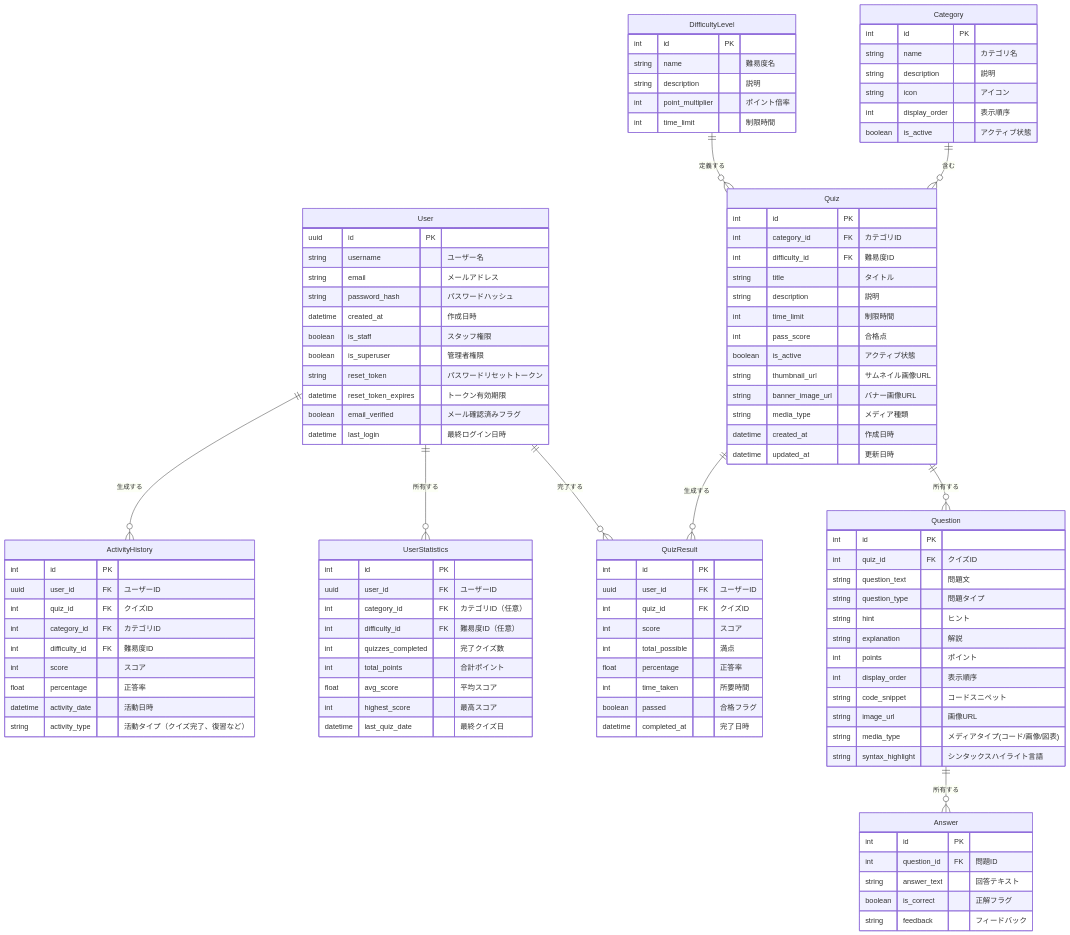
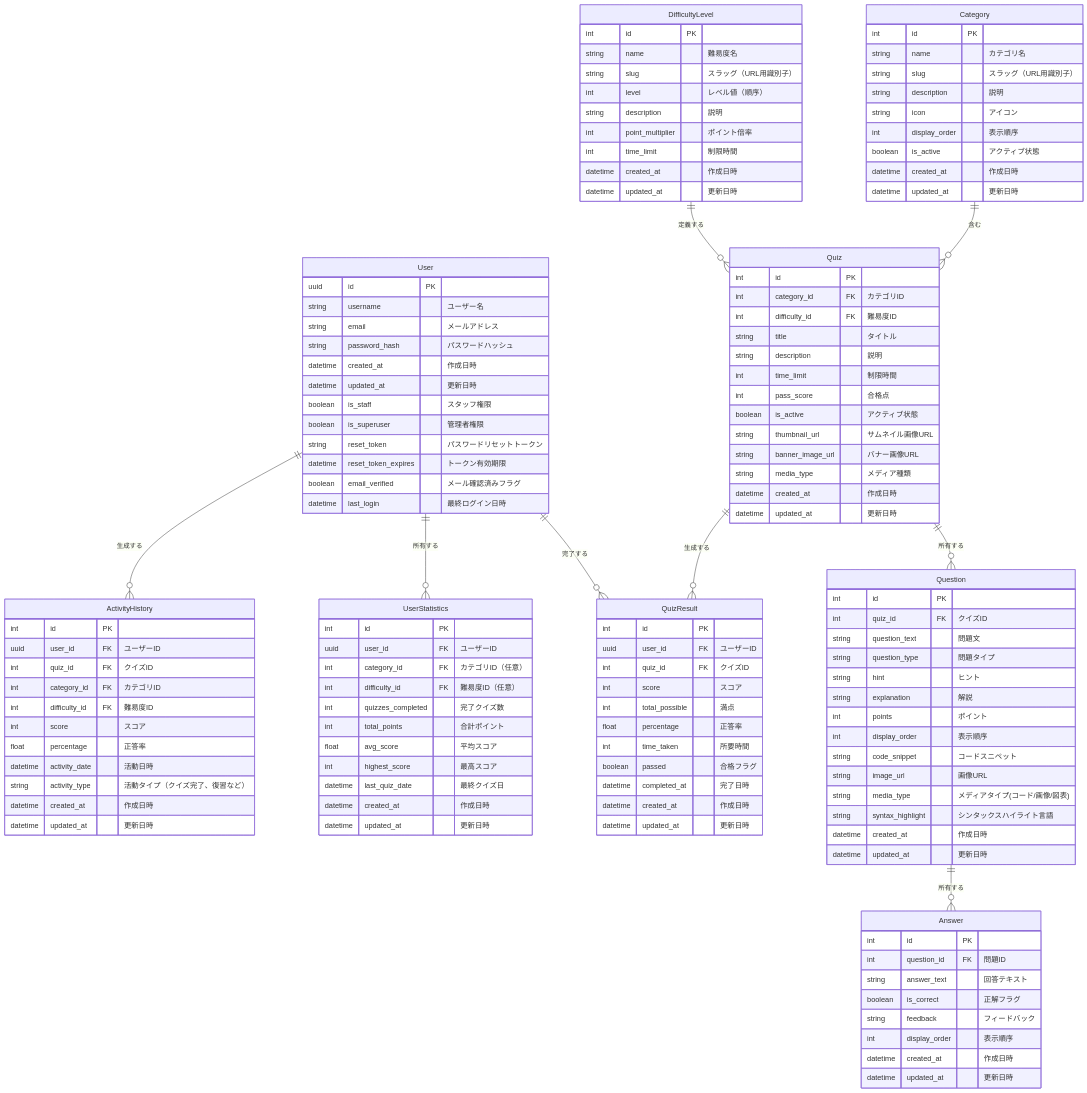
The diagram in techquiz-data-model.mermaid (EDEN0412/techquiz), drawn with Mermaid before and after one commit. The commit also changed 11 other files, not shown here.

First line of the commit message:
　ER図 (`techquiz-data-model.mermaid`) に基づき、コアとなるクイズ関連のDjangoモデルを実装および更新しました。

```diff
--- a/techquiz-data-model.mermaid
+++ b/techquiz-data-model.mermaid
@@ -1,115 +1,134 @@
 erDiagram
     User ||--o{ QuizResult : "完了する"
     User ||--o{ UserStatistics : "所有する"
     User ||--o{ ActivityHistory : "生成する"
     Category ||--o{ Quiz : "含む"
     DifficultyLevel ||--o{ Quiz : "定義する"
     Quiz ||--o{ Question : "所有する"
     Question ||--o{ Answer : "所有する"
     Quiz ||--o{ QuizResult : "生成する"
     
     User {
         uuid id PK
         string username "ユーザー名"
         string email "メールアドレス"
         string password_hash "パスワードハッシュ"
         datetime created_at "作成日時"
+        datetime updated_at "更新日時"
         boolean is_staff "スタッフ権限"
         boolean is_superuser "管理者権限"
         string reset_token "パスワードリセットトークン"
         datetime reset_token_expires "トークン有効期限"
         boolean email_verified "メール確認済みフラグ"
         datetime last_login "最終ログイン日時"
     }
     
     Category {
         int id PK
         string name "カテゴリ名"
+        string slug "スラッグ（URL用識別子）"
         string description "説明"
         string icon "アイコン"
         int display_order "表示順序"
         boolean is_active "アクティブ状態"
+        datetime created_at "作成日時"
+        datetime updated_at "更新日時"
     }
     
     DifficultyLevel {
         int id PK
         string name "難易度名"
+        string slug "スラッグ（URL用識別子）"
+        int level "レベル値（順序）"
         string description "説明"
         int point_multiplier "ポイント倍率"
         int time_limit "制限時間"
+        datetime created_at "作成日時"
+        datetime updated_at "更新日時"
     }
     
     Quiz {
         int id PK
         int category_id FK "カテゴリID"
         int difficulty_id FK "難易度ID"
         string title "タイトル"
         string description "説明"
         int time_limit "制限時間"
         int pass_score "合格点"
         boolean is_active "アクティブ状態"
         string thumbnail_url "サムネイル画像URL"
         string banner_image_url "バナー画像URL"
         string media_type "メディア種類"
         datetime created_at "作成日時"
         datetime updated_at "更新日時"
     }
     
     Question {
         int id PK
         int quiz_id FK "クイズID"
         string question_text "問題文"
         string question_type "問題タイプ"
         string hint "ヒント"
         string explanation "解説"
         int points "ポイント"
         int display_order "表示順序"
         string code_snippet "コードスニペット"
         string image_url "画像URL"
         string media_type "メディアタイプ(コード/画像/図表)"
         string syntax_highlight "シンタックスハイライト言語"
+        datetime created_at "作成日時"
+        datetime updated_at "更新日時"
     }
     
     Answer {
         int id PK
         int question_id FK "問題ID"
         string answer_text "回答テキスト"
         boolean is_correct "正解フラグ"
         string feedback "フィードバック"
+        int display_order "表示順序"
+        datetime created_at "作成日時"
+        datetime updated_at "更新日時"
     }
     
     QuizResult {
         int id PK
         uuid user_id FK "ユーザーID"
         int quiz_id FK "クイズID"
         int score "スコア"
         int total_possible "満点"
         float percentage "正答率"
         int time_taken "所要時間"
         boolean passed "合格フラグ"
         datetime completed_at "完了日時"
+        datetime created_at "作成日時"
+        datetime updated_at "更新日時"
     }
     
     UserStatistics {
         int id PK
         uuid user_id FK "ユーザーID"
         int category_id FK "カテゴリID（任意）"
         int difficulty_id FK "難易度ID（任意）"
         int quizzes_completed "完了クイズ数"
         int total_points "合計ポイント"
         float avg_score "平均スコア"
         int highest_score "最高スコア"
         datetime last_quiz_date "最終クイズ日"
+        datetime created_at "作成日時"
+        datetime updated_at "更新日時"
     }
     
     ActivityHistory {
         int id PK
         uuid user_id FK "ユーザーID"
         int quiz_id FK "クイズID"
         int category_id FK "カテゴリID"
         int difficulty_id FK "難易度ID"
         int score "スコア"
         float percentage "正答率"
         datetime activity_date "活動日時"
         string activity_type "活動タイプ（クイズ完了、復習など）"
+        datetime created_at "作成日時"
+        datetime updated_at "更新日時"
     }
```
